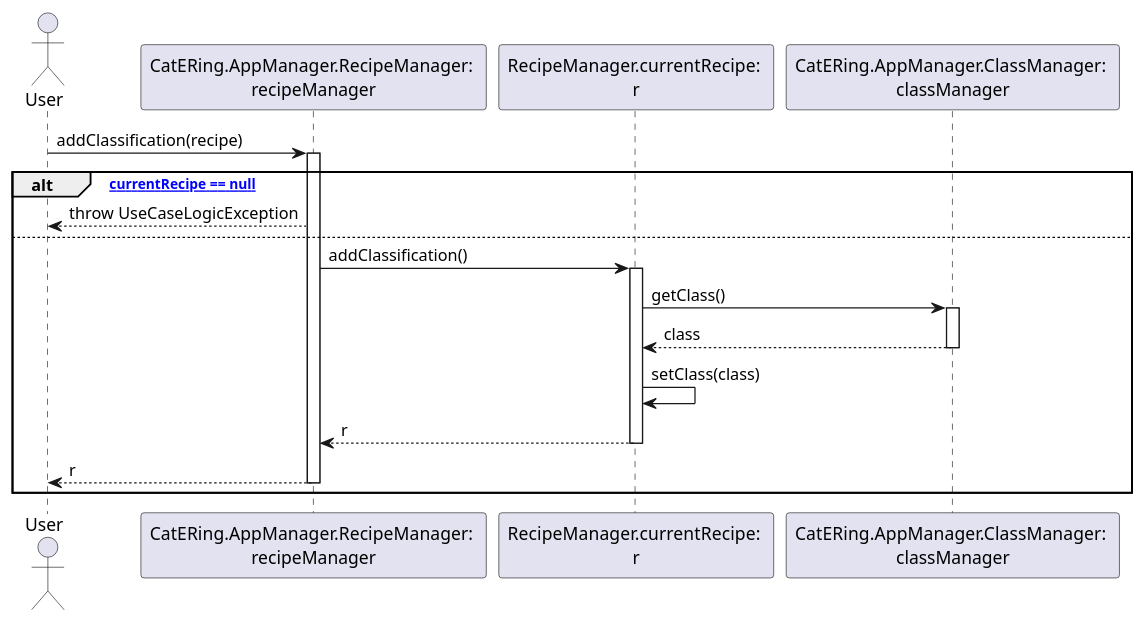
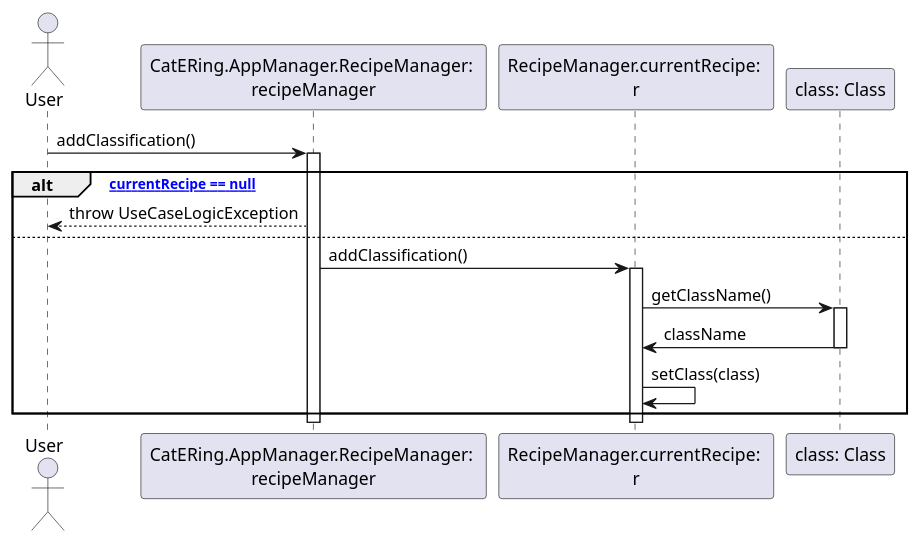
Before and after one commit to m0canu1/sas: the diagram in dsd/dsd-ricette/5-classification.md, drawn with PlantUML. The commit also changed 7 other files, not shown here.

````diff
--- a/dsd/dsd-ricette/5-classification.md
+++ b/dsd/dsd-ricette/5-classification.md
@@ -1,33 +1,27 @@
 ```plantuml
 Actor User
 Participant "CatERing.AppManager.RecipeManager: \nrecipeManager" as RM
 Participant "RecipeManager.currentRecipe: \nr" as CR
-Participant "CatERing.AppManager.ClassManager: \nclassManager" as CM
 
-User -> RM: addClassification(recipe)
+User -> RM: addClassification()
 Activate RM
 
 alt ["currentRecipe == null"]
 	RM --> User: throw UseCaseLogicException
 else
 	RM -> CR: addClassification()
 	Activate CR
 
-	CR -> CM: getClass()
-	Activate CM
-
-	CM --> CR: class
-	Deactivate CM
+	CR -> "class: Class": getClassName()
+	Activate "class: Class"
+	"class: Class" -> CR: className
+	Deactivate "class: Class"
 
 	CR -> CR: setClass(class)
 	
-	CR --> RM: r
-	Deactivate CR
-
-	RM --> User: r
-	Deactivate RM
-
 end
+Deactivate CR
+Deactivate RM
 
 
 ```
````
